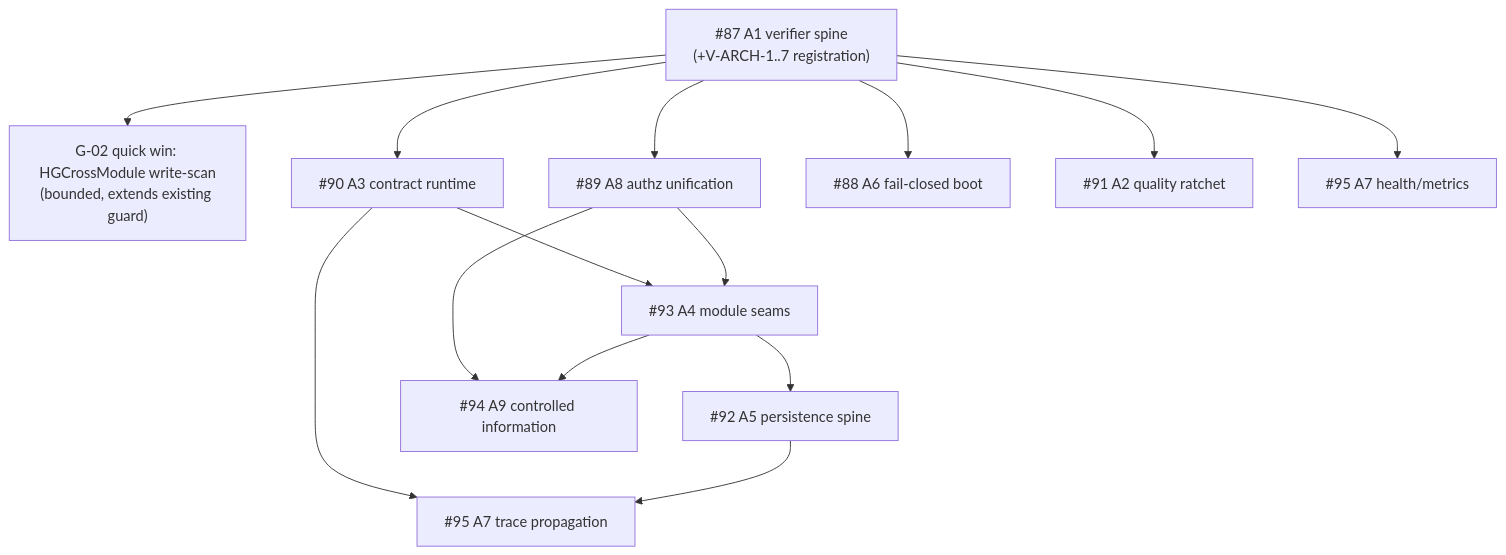
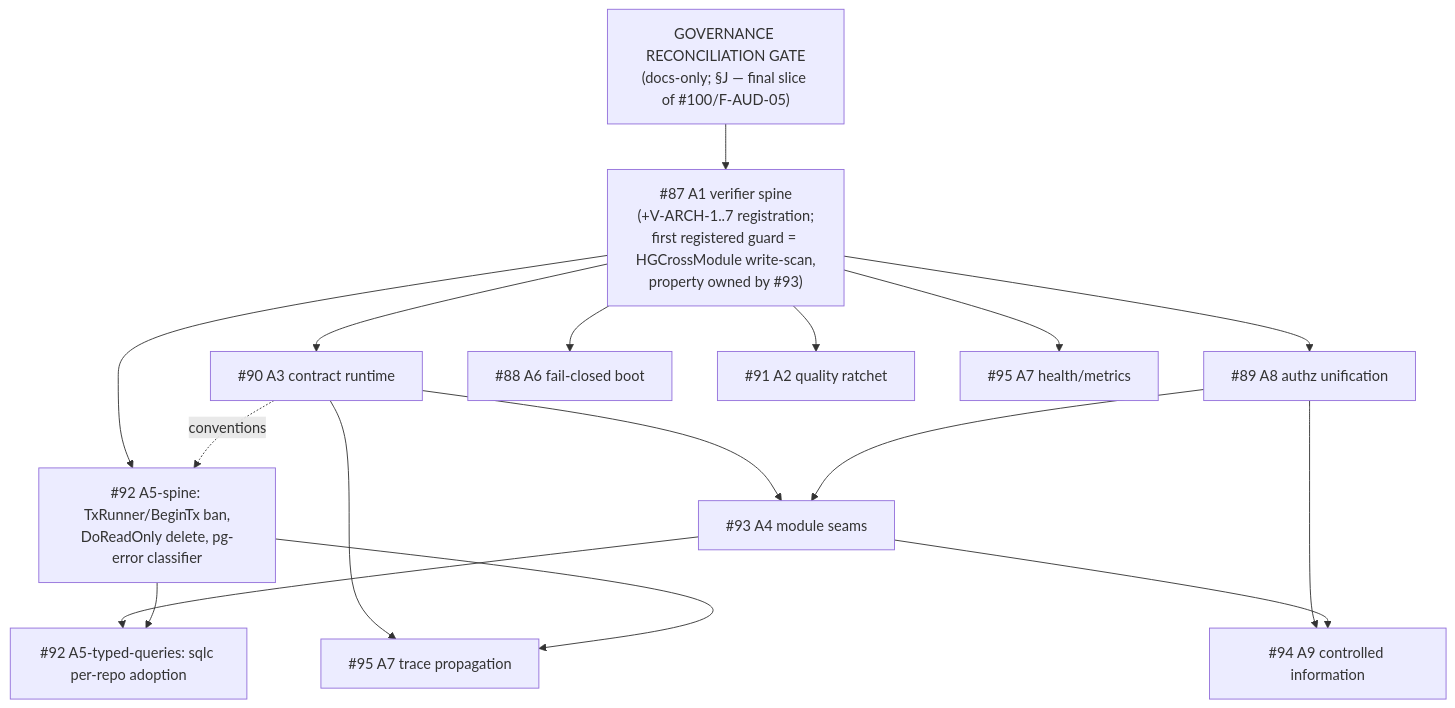
One commit to developmentconexus-ops/MetalDocs changed the diagram in docs/superpowers/analysis/audit-2026-08-09/final-synthesis.md. Above: the diagram before and after it, drawn with Mermaid. The commit also changed other lines of this file and 5 other files, not shown here.

````diff
--- a/docs/superpowers/analysis/audit-2026-08-09/final-synthesis.md
+++ b/docs/superpowers/analysis/audit-2026-08-09/final-synthesis.md
@@ -92,28 +105,32 @@
 ```mermaid
 flowchart TD
-    A1["#87 A1 verifier spine<br/>(+V-ARCH-1..7 registration)"]
-    QW["G-02 quick win: HGCrossModule write-scan<br/>(bounded, extends existing guard)"]
+    GATE["GOVERNANCE RECONCILIATION GATE<br/>(docs-only; §J — final slice of #100/F-AUD-05)"]
+    A1["#87 A1 verifier spine<br/>(+V-ARCH-1..7 registration;<br/>first registered guard = HGCrossModule write-scan,<br/>property owned by #93)"]
     A3["#90 A3 contract runtime"]
     A8["#89 A8 authz unification"]
     A6["#88 A6 fail-closed boot"]
     A2["#91 A2 quality ratchet"]
     A7a["#95 A7 health/metrics"]
+    A5s["#92 A5-spine: TxRunner/BeginTx ban,<br/>DoReadOnly delete, pg-error classifier"]
     A4["#93 A4 module seams"]
-    A5["#92 A5 persistence spine"]
+    A5q["#92 A5-typed-queries: sqlc per-repo adoption"]
     A7b["#95 A7 trace propagation"]
     A9["#94 A9 controlled information"]
 
-    A1 --> QW
+    GATE --> A1
     A1 --> A3
     A1 --> A8
     A1 --> A6
     A1 --> A2
     A1 --> A7a
+    A1 --> A5s
+    A3 -. conventions .-> A5s
     A3 --> A4
     A8 --> A4
-    A4 --> A5
+    A4 --> A5q
+    A5s --> A5q
     A3 --> A7b
-    A5 --> A7b
+    A5s --> A7b
     A8 --> A9
     A4 --> A9
 ```
````
